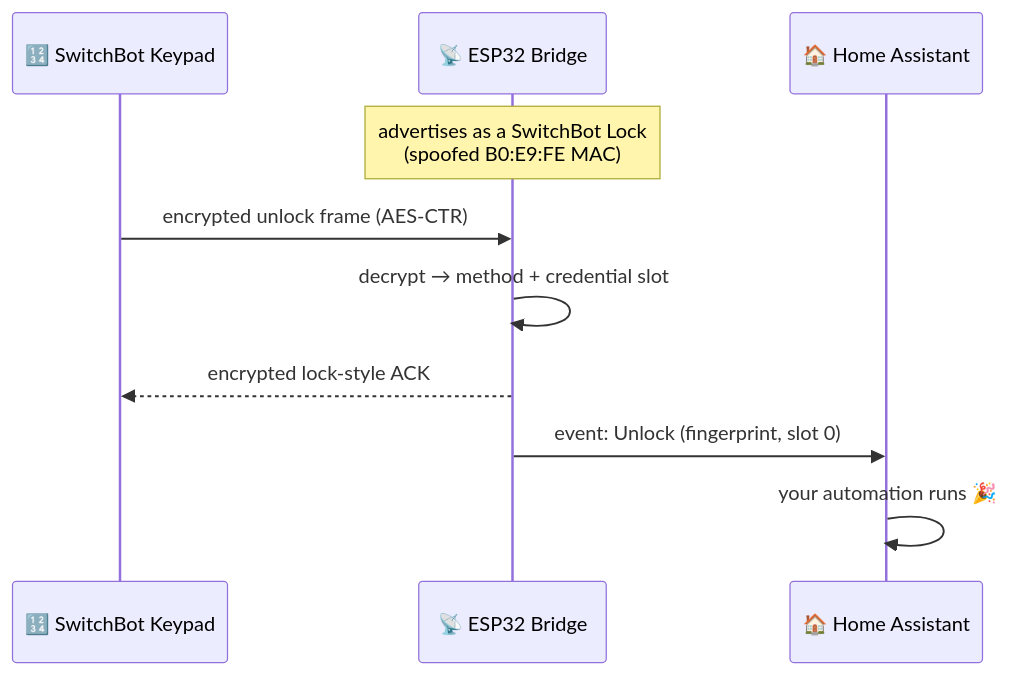
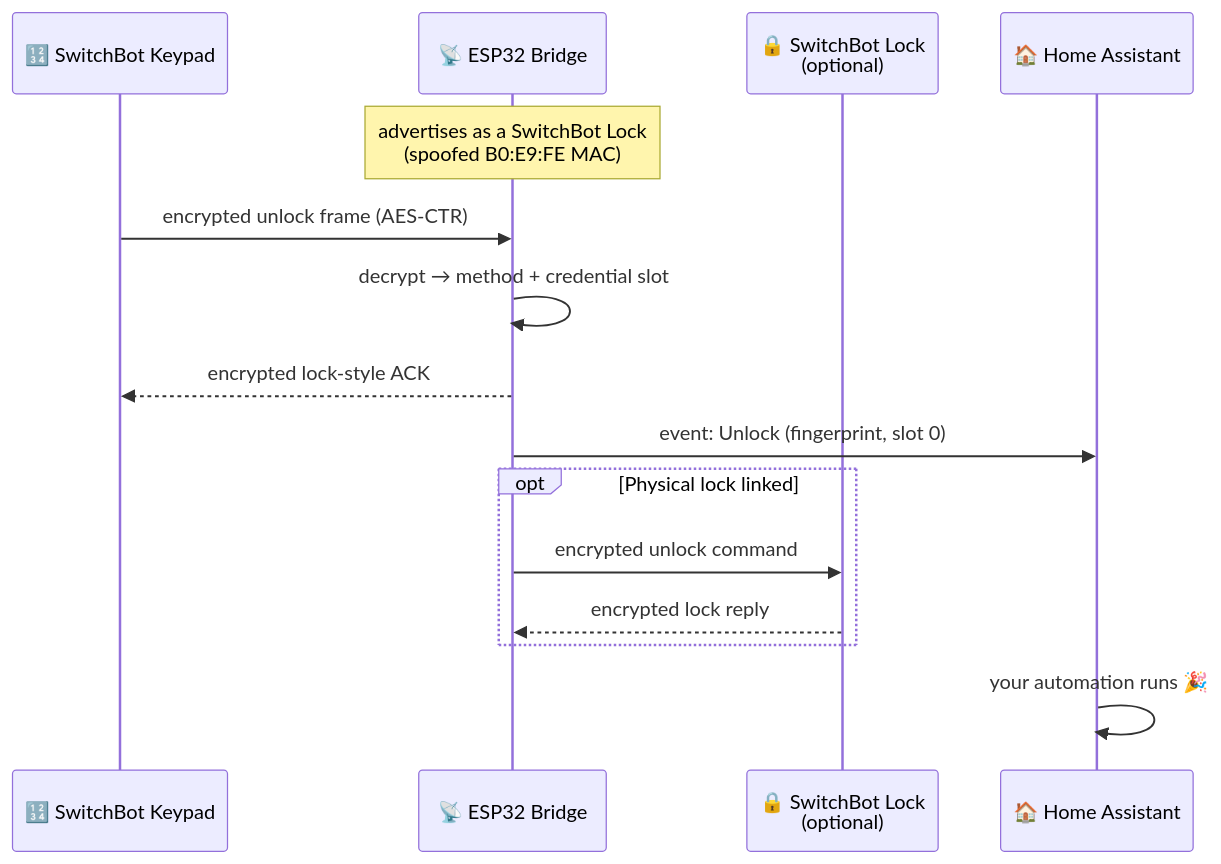
One commit to dr-apple/switchbot-keypad-bridge changed the diagram in README.md. Above: the diagram before and after it, drawn with Mermaid. The commit also changed other lines of this file and 1 other file, not shown here.

Commit message:
docs: describe linked lock setup

````diff
--- a/README.md
+++ b/README.md
@@ -52,13 +58,18 @@
 ```mermaid
 sequenceDiagram
     participant K as 🔢 SwitchBot Keypad
     participant B as 📡 ESP32 Bridge
+    participant L as 🔒 SwitchBot Lock<br/>(optional)
     participant HA as 🏠 Home Assistant
 
     Note over B: advertises as a SwitchBot Lock<br/>(spoofed B0:E9:FE MAC)
     K->>B: encrypted unlock frame (AES-CTR)
     B->>B: decrypt → method + credential slot
     B-->>K: encrypted lock-style ACK
     B->>HA: event: Unlock (fingerprint, slot 0)
+    opt Physical lock linked
+        B->>L: encrypted unlock command
+        L-->>B: encrypted lock reply
+    end
     HA->>HA: your automation runs 🎉
 ```
````
